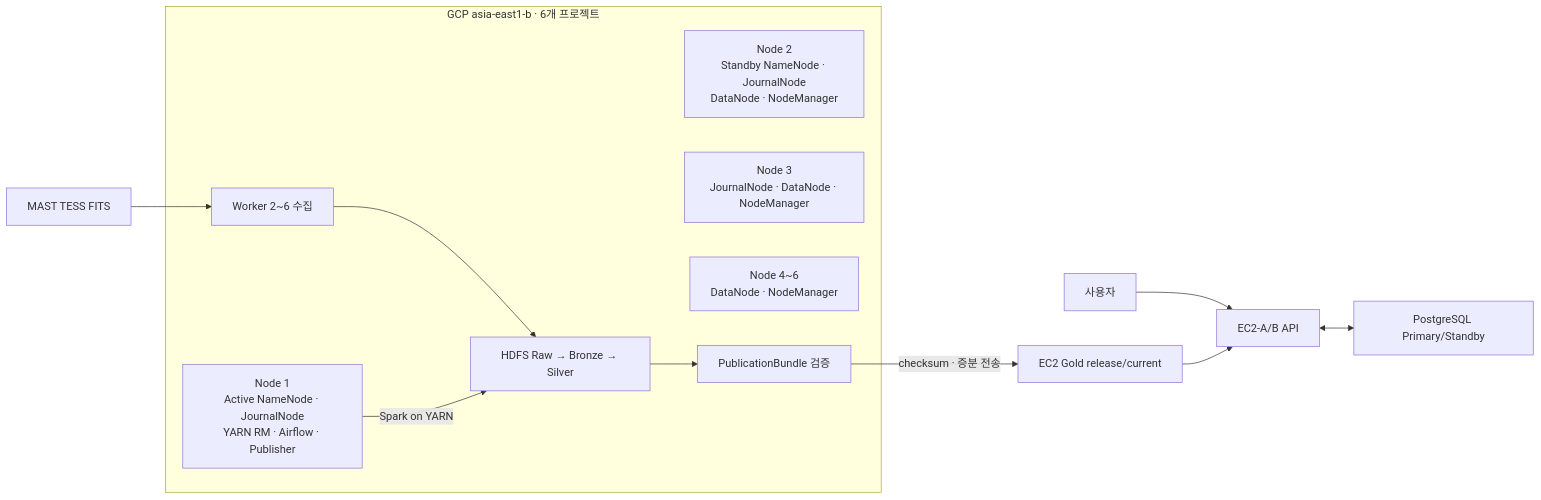
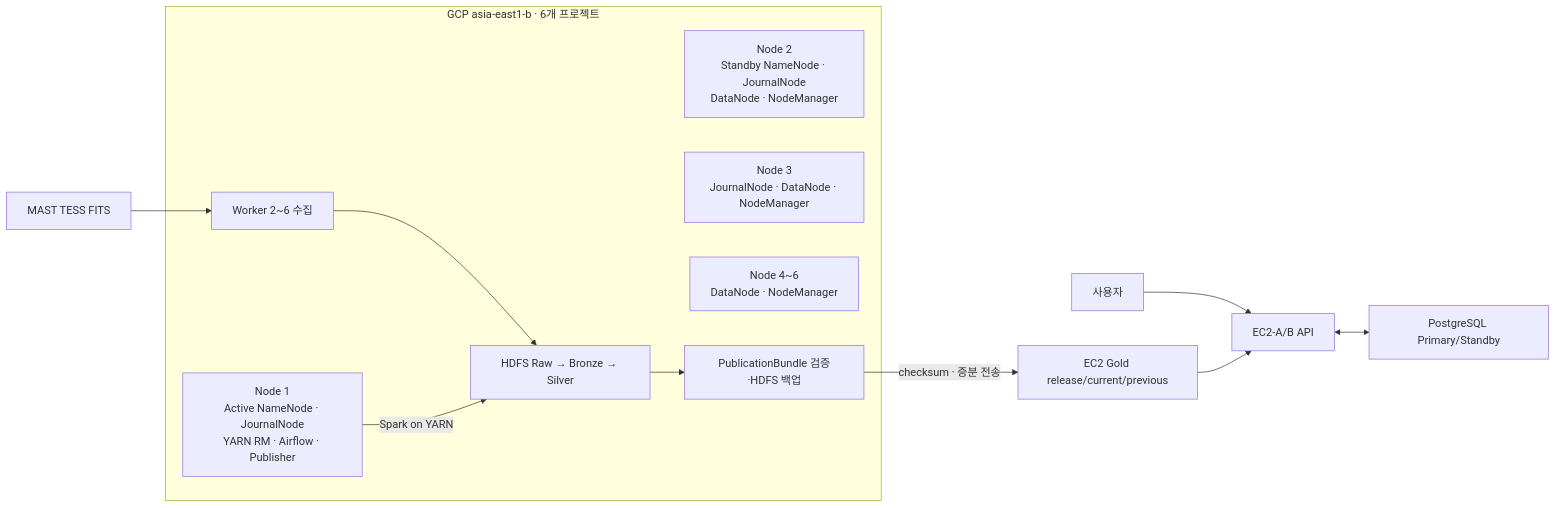
Before and after one commit to baekseunghak/planetory: the diagram in docs/development/system-architecture.md, drawn with Mermaid. The commit also changed other lines of this file and 8 other files, not shown here.

Commit message:
docs(architecture): GCP와 Gold 운영 규칙 정리 [S15P21C206-28]

````diff
--- a/docs/development/system-architecture.md
+++ b/docs/development/system-architecture.md
@@ -7,17 +7,17 @@
 ```mermaid
 flowchart LR
   SRC[MAST TESS FITS] --> ING[Worker 2~6 수집]
   subgraph GCP[GCP asia-east1-b · 6개 프로젝트]
     M[Node 1<br/>Active NameNode · JournalNode<br/>YARN RM · Airflow · Publisher]
     S[Node 2<br/>Standby NameNode · JournalNode<br/>DataNode · NodeManager]
     J[Node 3<br/>JournalNode · DataNode · NodeManager]
     W[Node 4~6<br/>DataNode · NodeManager]
     ING --> H[HDFS Raw → Bronze → Silver]
     M -->|Spark on YARN| H
-    H --> P[PublicationBundle 검증]
+    H --> P[PublicationBundle 검증·HDFS 백업]
   end
-  P -->|checksum · 증분 전송| E[EC2 Gold release/current]
+  P -->|checksum · 증분 전송| E[EC2 Gold release/current/previous]
   U[사용자] --> API[EC2-A/B API]
   API <--> DB[PostgreSQL Primary/Standby]
   E --> API
 ```
````
